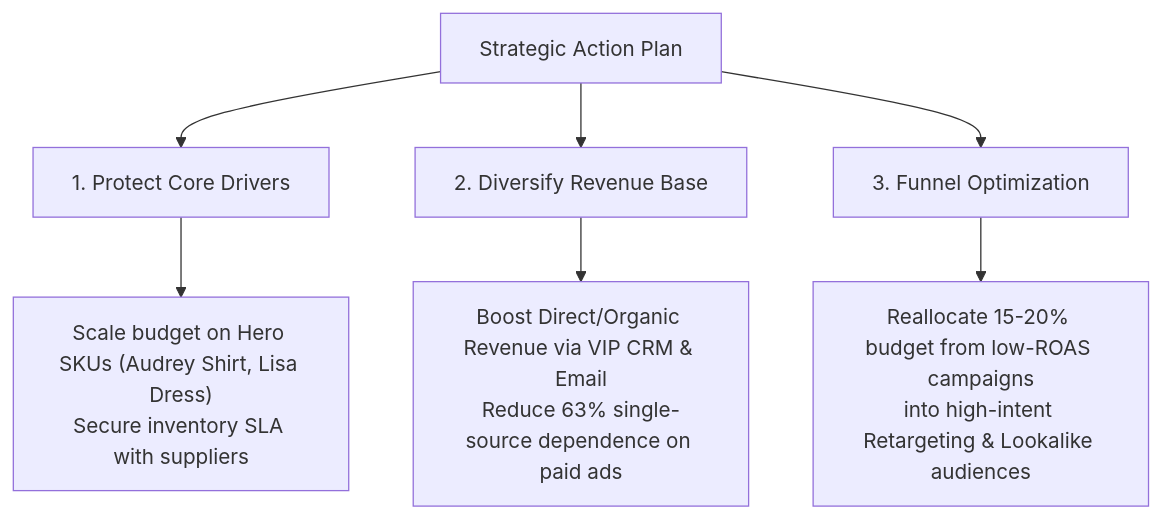
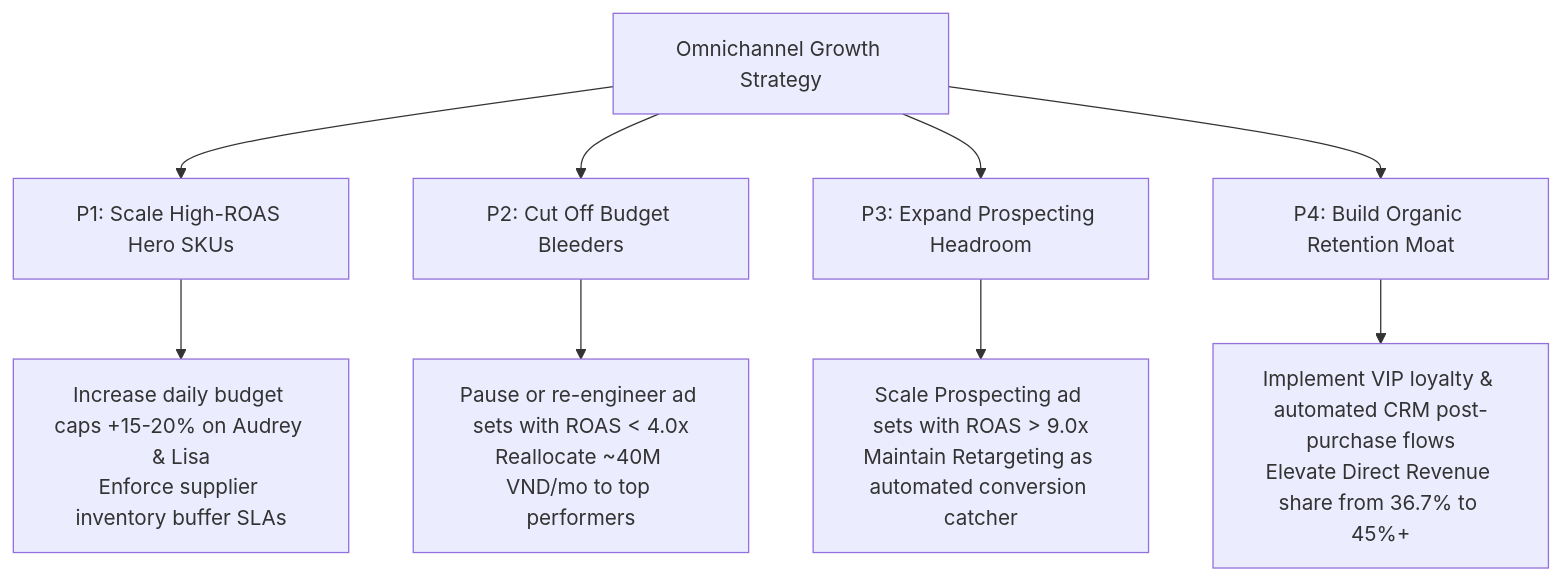
The fourth of 4 diagrams in README.md (thunx280-ctrl/powerbi-fashion-retail-marketing-analytics), drawn with Mermaid before and after one commit. The commit also changed other lines of this file and 6 other files, not shown here.

Commit message:
docs: standardize master portfolio README with design thinking infographics, data dictionary, and strategic action matrix

````diff
--- a/README.md
+++ b/README.md
@@ -140,10 +552,12 @@
 ```mermaid
 flowchart TD
-    A["Strategic Action Plan"] --> B["1. Protect Core Drivers"]
-    A --> C["2. Diversify Revenue Base"]
-    A --> D["3. Funnel Optimization"]
+    A["Omnichannel Growth Strategy"] --> B["P1: Scale High-ROAS Hero SKUs"]
+    A --> C["P2: Cut Off Budget Bleeders"]
+    A --> D["P3: Expand Prospecting Headroom"]
+    A --> E["P4: Build Organic Retention Moat"]
 
-    B --> B1["Scale budget on Hero SKUs (Audrey Shirt, Lisa Dress)<br/>Secure inventory SLA with suppliers"]
-    C --> C1["Boost Direct/Organic Revenue via VIP CRM & Email<br/>Reduce 63% single-source dependence on paid ads"]
-    D --> D1["Reallocate 15-20% budget from low-ROAS campaigns<br/>into high-intent Retargeting & Lookalike audiences"]
+    B --> B1["Increase daily budget caps +15-20% on Audrey & Lisa<br/>Enforce supplier inventory buffer SLAs"]
+    C --> C1["Pause or re-engineer ad sets with ROAS < 4.0x<br/>Reallocate ~40M VND/mo to top performers"]
+    D --> D1["Scale Prospecting ad sets with ROAS > 9.0x<br/>Maintain Retargeting as automated conversion catcher"]
+    E --> E1["Implement VIP loyalty & automated CRM post-purchase flows<br/>Elevate Direct Revenue share from 36.7% to 45%+"]
 ```
````
